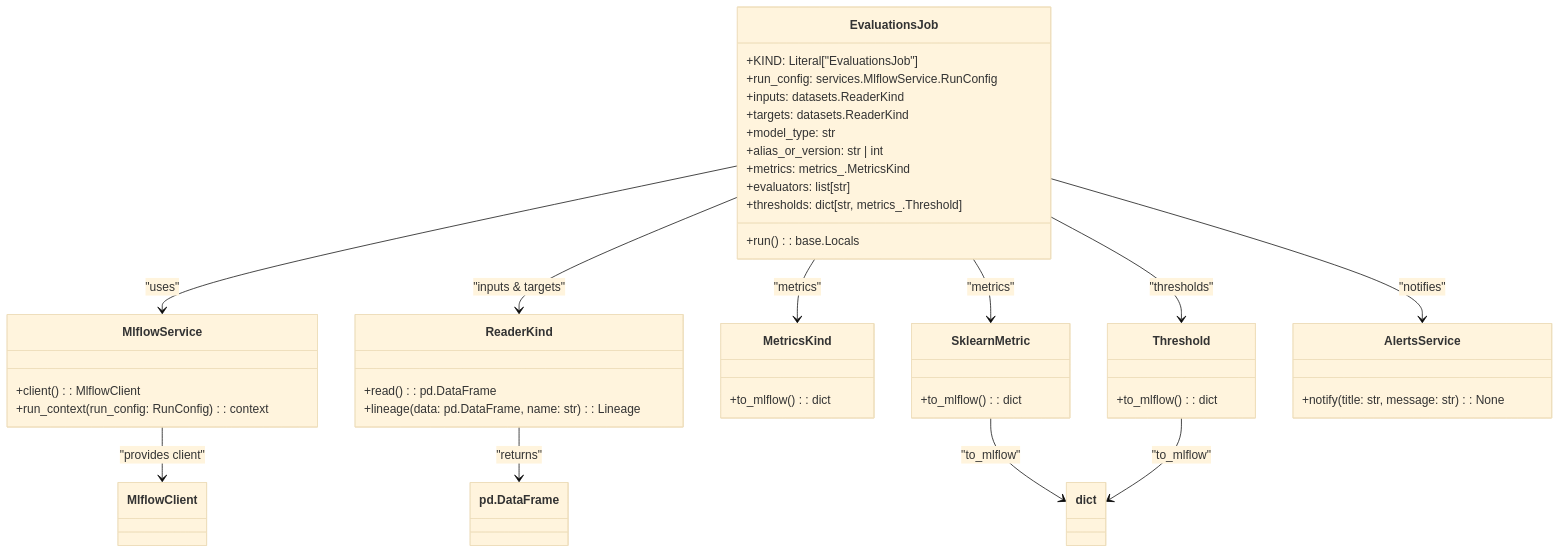
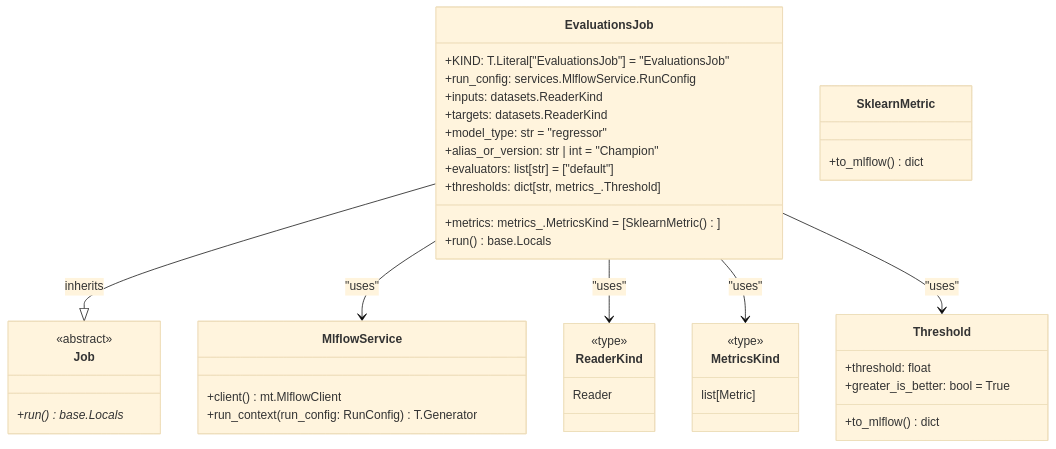
The diagram in Documents/Evaluations_stories.md (lgcorzo/mlops-python-package), drawn with Mermaid (base theme) before and after one commit. The commit also changed other lines of this file and 21 other files, not shown here.

````diff
--- a/Documents/Evaluations_stories.md
+++ b/Documents/Evaluations_stories.md
@@ -21,53 +20,51 @@
 ```mermaid
 classDiagram
     class EvaluationsJob {
-        +KIND: Literal["EvaluationsJob"]
+        +KIND: T.Literal["EvaluationsJob"] = "EvaluationsJob"
         +run_config: services.MlflowService.RunConfig
         +inputs: datasets.ReaderKind
         +targets: datasets.ReaderKind
-        +model_type: str
-        +alias_or_version: str | int
-        +metrics: metrics_.MetricsKind
-        +evaluators: list[str]
+        +model_type: str = "regressor"
+        +alias_or_version: str | int = "Champion"
+        +metrics: metrics_.MetricsKind = [SklearnMetric()]
+        +evaluators: list[str] = ["default"]
         +thresholds: dict[str, metrics_.Threshold]
-        +run(): base.Locals
+        +run() base.Locals
     }
 
+    class Job {
+        <<abstract>>
+        +run()* base.Locals
+    }
+    EvaluationsJob --|> Job : inherits
+
     class MlflowService {
-        +client() : MlflowClient
-        +run_context(run_config: RunConfig) : context
+        +client() mt.MlflowClient
+        +run_context(run_config: RunConfig) T.Generator
     }
 
     class ReaderKind {
-        +read() : pd.DataFrame
-        +lineage(data: pd.DataFrame, name: str) : Lineage
+        <<type>>
+        Reader
     }
 
     class MetricsKind {
-        +to_mlflow() : dict
+        <<type>>
+        list[Metric]
     }
 
     class SklearnMetric {
-        +to_mlflow() : dict
+        +to_mlflow() dict
     }
 
     class Threshold {
-        +to_mlflow() : dict
-    }
-
-    class AlertsService {
-        +notify(title: str, message: str) : None
+        +threshold: float
+        +greater_is_better: bool = True
+        +to_mlflow() dict
     }
 
     EvaluationsJob --> MlflowService : "uses"
-    EvaluationsJob --> ReaderKind : "inputs & targets"
-    EvaluationsJob --> MetricsKind : "metrics"
-    EvaluationsJob --> SklearnMetric : "metrics"
-    EvaluationsJob --> AlertsService : "notifies"
-    EvaluationsJob --> Threshold : "thresholds"
-    MlflowService --> MlflowClient : "provides client"
-    ReaderKind --> pd.DataFrame : "returns"
-    SklearnMetric --> dict : "to_mlflow"
-    Threshold --> dict : "to_mlflow"
-
+    EvaluationsJob --> ReaderKind : "uses"
+    EvaluationsJob --> MetricsKind : "uses"
+    EvaluationsJob --> Threshold : "uses"
 ```
````
